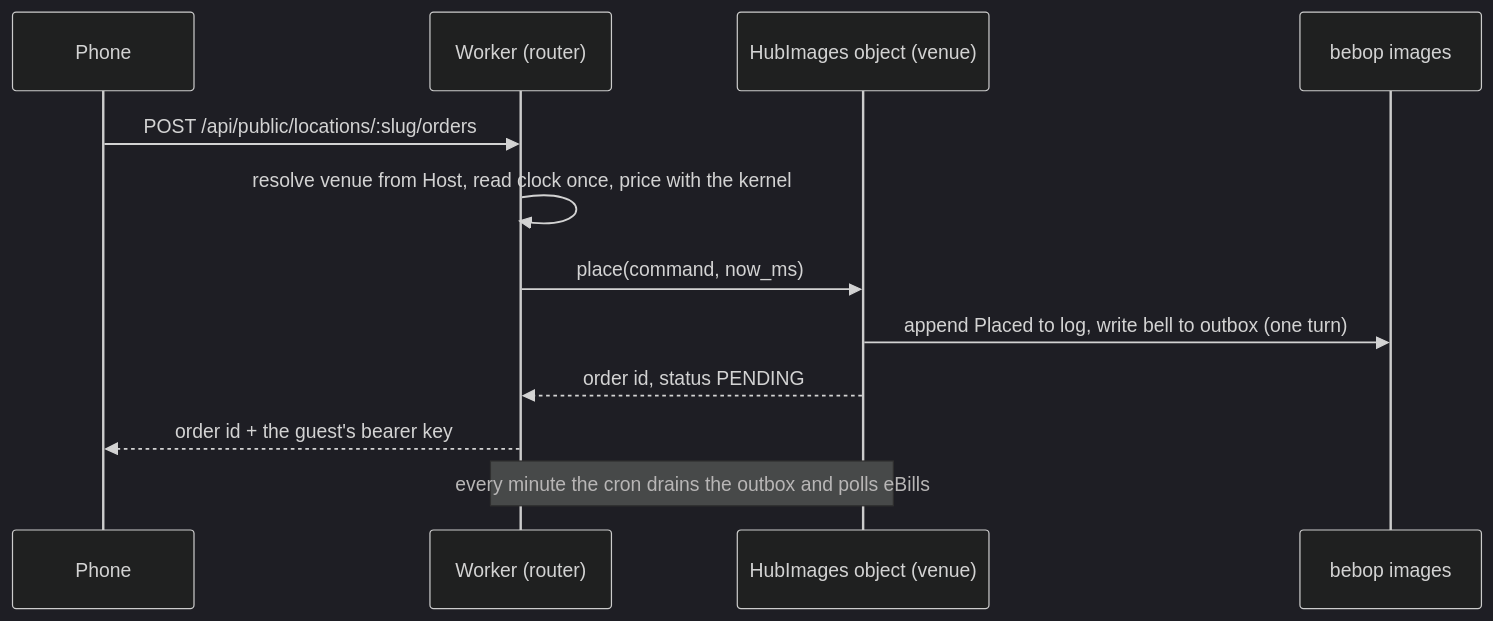
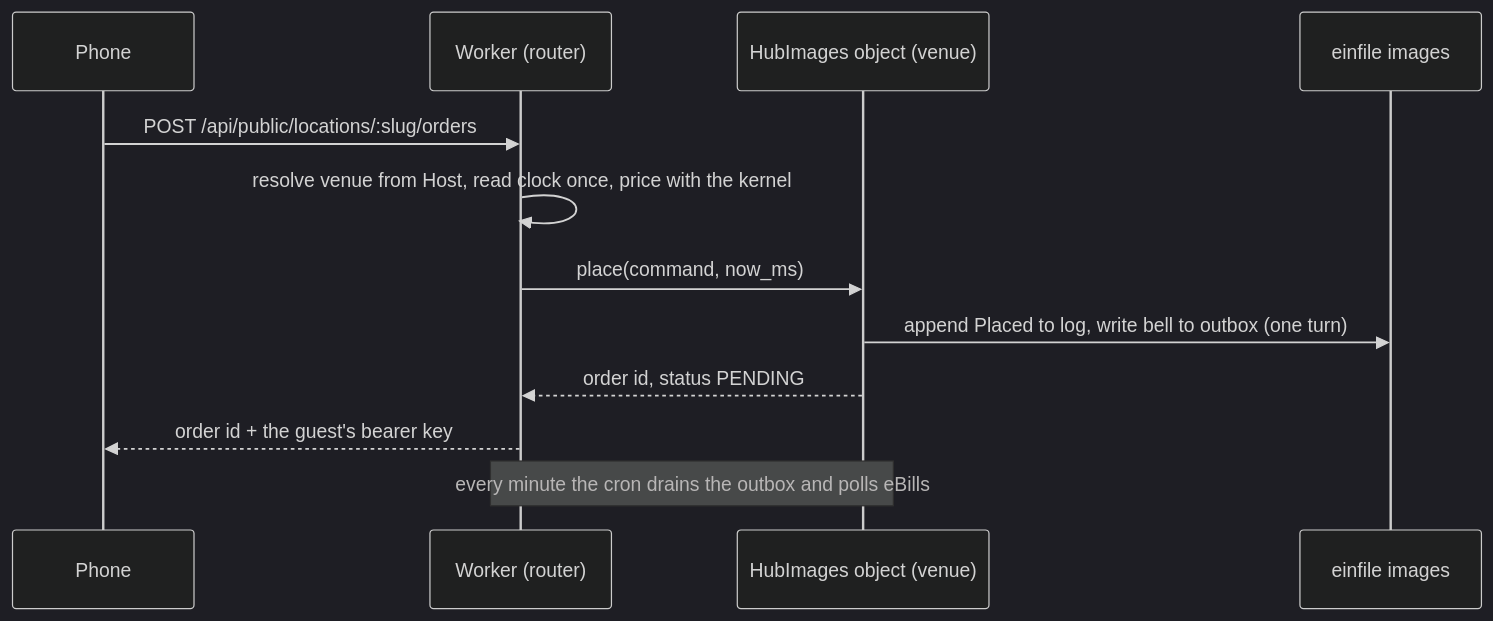
Before and after one commit to SyniakSviatoslav/dowiz: the second of 6 diagrams in README.md, drawn with Mermaid (dark theme). The commit also changed other lines of this file and 859 other files, not shown here.

First line of the commit message:
refactor: crates and paths bebop-* -> einfile-* / einstore, FORMAT-EINFILE-v2 (rename phase 2, W-MG-REN2)

````diff
--- a/README.md
+++ b/README.md
@@ -190,14 +190,14 @@
 ```mermaid
 sequenceDiagram
   participant P as Phone
   participant W as Worker (router)
   participant D as HubImages object (venue)
-  participant I as bebop images
+  participant I as einfile images
   P->>W: POST /api/public/locations/:slug/orders
   W->>W: resolve venue from Host, read clock once, price with the kernel
   W->>D: place(command, now_ms)
   D->>I: append Placed to log, write bell to outbox (one turn)
   D-->>W: order id, status PENDING
   W-->>P: order id + the guest's bearer key
   Note over W,D: every minute the cron drains the outbox and polls eBills
 ```
````
